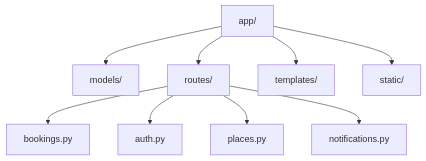
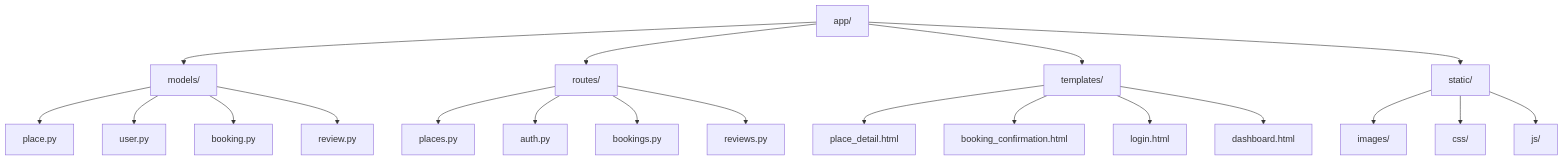
The third of 4 diagrams in part4/README.md (jerome244/holbertonschool-hbnb), drawn with Mermaid before and after one commit. The commit also changed other lines of this file, not shown here.

Commit message:
fix: increase diagrams visibility

````diff
--- a/part4/README.md
+++ b/part4/README.md
@@ -183,11 +219,23 @@
 ```mermaid
 graph TD
     A[app/] --> B[models/]
     A --> C[routes/]
     A --> D[templates/]
     A --> E[static/]
-    C --> F[bookings.py]
-    C --> G[auth.py]
-    C --> H[places.py]
-    C --> I[notifications.py]
+    B --> F[place.py]
+    B --> G[user.py]
+    B --> H[booking.py]
+    B --> I[review.py]
+    C --> J[places.py]
+    C --> K[auth.py]
+    C --> L[bookings.py]
+    C --> M[reviews.py]
+    D --> N[place_detail.html]
+    D --> O[booking_confirmation.html]
+    D --> P[login.html]
+    D --> Q[dashboard.html]
+    E --> R[images/]
+    E --> S[css/]
+    E --> T[js/]
+
 ```
````
